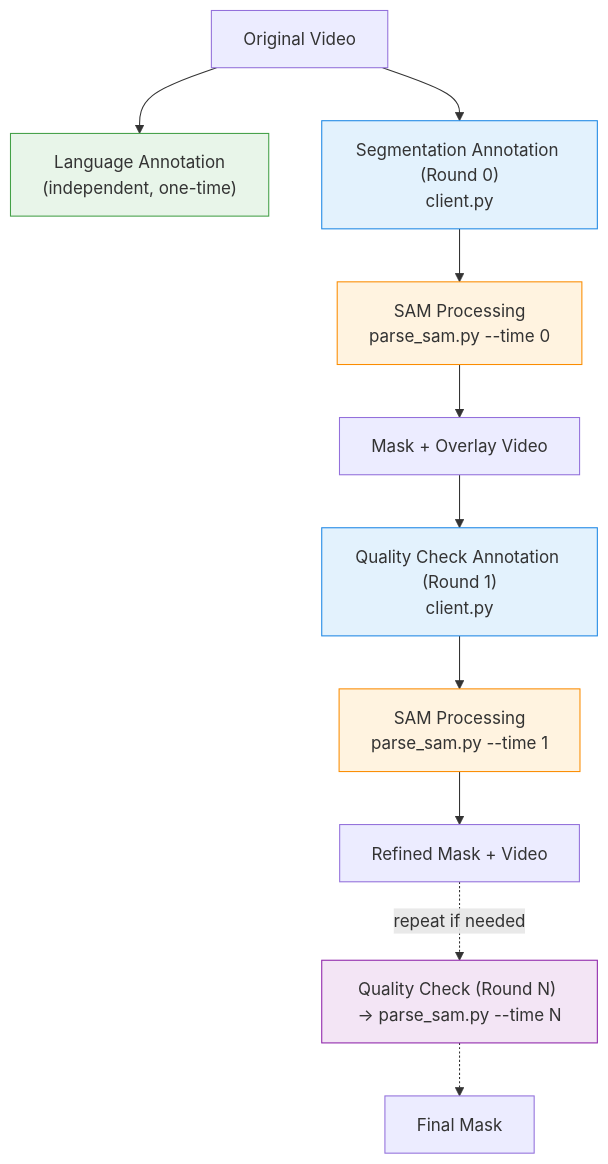
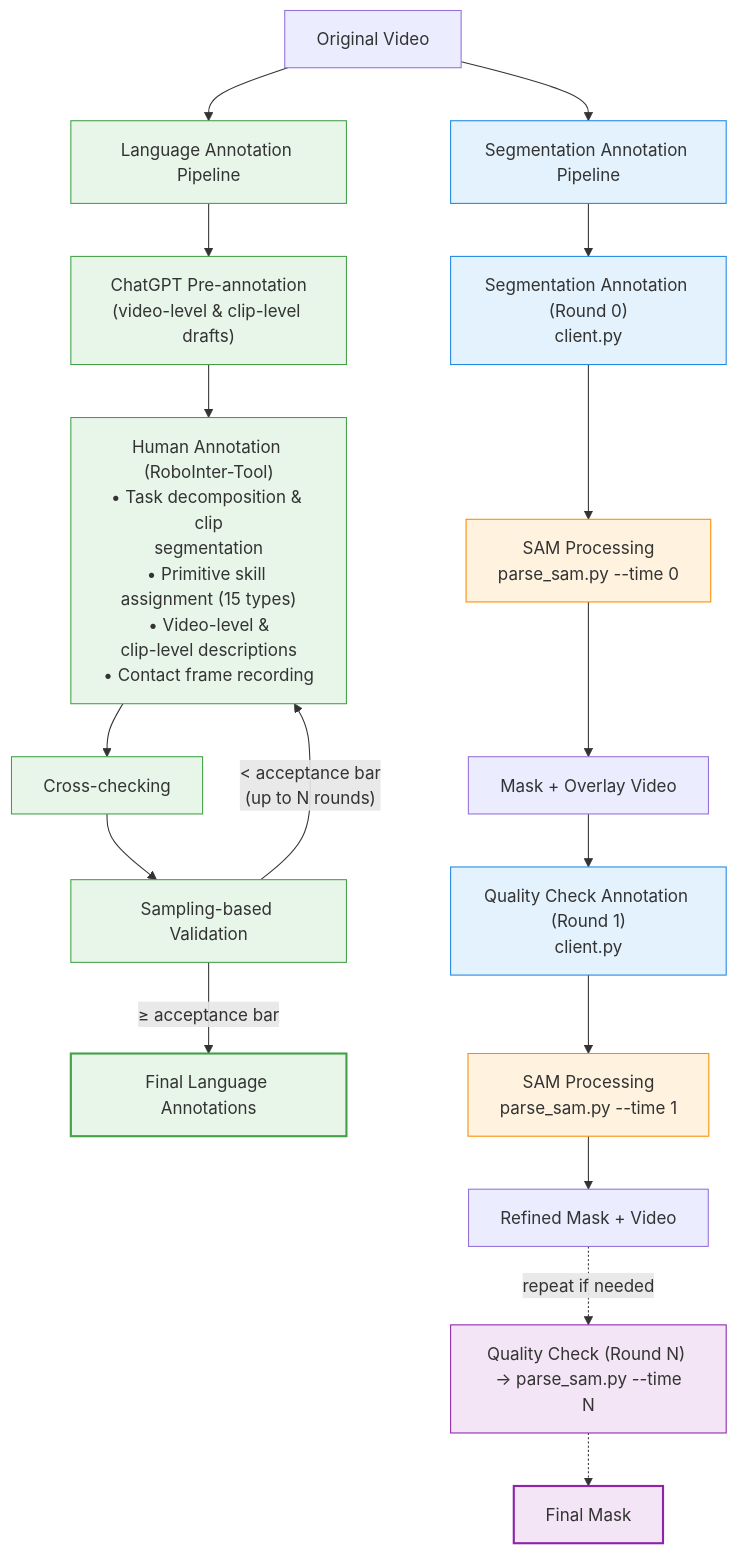
The diagram in RoboInterTools/README.md (InternRobotics/RoboInter), drawn with Mermaid before and after one commit.

Commit message:
Update README.md
update flowchart

````diff
--- a/RoboInterTools/README.md
+++ b/RoboInterTools/README.md
@@ -13,24 +13,44 @@
 ```mermaid
-flowchart TD
-    V["Original Video"]
+flowchart TD                                        
+    V["Original Video"]                                                          
+                                                                                
+    V --> LANG["Language Annotation Pipeline"]                                   
+    V --> SEG["Segmentation Annotation Pipeline"]                                
+                                                                                
+    %% ===== Language Annotation Pipeline =====
+    LANG --> GPT["ChatGPT Pre-annotation<br/>(video-level & clip-level drafts)"]
+    GPT --> HA["Human Annotation (RoboInter-Tool)<br/>• Task decomposition & clip
+segmentation<br/>• Primitive skill assignment (15 types)<br/>• Video-level &
+clip-level descriptions<br/>• Contact frame recording"]
+    HA --> CC["Cross-checking<br/>"]
+    CC --> SV["Sampling-based Validation<br/>"]
+    SV -->|"≥ acceptance bar"| LF["Final Language Annotations"]
+    SV -->|"< acceptance bar<br/>(up to N rounds)"| HA
 
-    V --> L["Language Annotation<br/>(independent, one-time)"]
-
-    V --> A0["Segmentation Annotation (Round 0)<br/>client.py"]
+    %% ===== Segmentation Annotation Pipeline =====
+    SEG --> A0["Segmentation Annotation (Round 0)<br/>client.py"]
     A0 --> P0["SAM Processing<br/>parse_sam.py --time 0"]
     P0 --> M0["Mask + Overlay Video"]
-
     M0 --> A1["Quality Check Annotation (Round 1)<br/>client.py"]
     A1 --> P1["SAM Processing<br/>parse_sam.py --time 1"]
     P1 --> M1["Refined Mask + Video"]
-
-    M1 -.->|"repeat if needed"| AN["Quality Check (Round N) → parse_sam.py --time N"]
+    M1 -.->|"repeat if needed"| AN["Quality Check (Round N) → parse_sam.py --time
+N"]
     AN -.-> F["Final Mask"]
 
-    style L fill:#e8f5e9,stroke:#43a047
+    %% ===== Styles =====
+    style LANG fill:#e8f5e9,stroke:#43a047
+    style GPT fill:#e8f5e9,stroke:#43a047
+    style HA fill:#e8f5e9,stroke:#43a047
+    style CC fill:#e8f5e9,stroke:#43a047
+    style SV fill:#e8f5e9,stroke:#43a047
+    style LF fill:#e8f5e9,stroke:#43a047,stroke-width:2px
+
+    style SEG fill:#e3f2fd,stroke:#1e88e5
     style A0 fill:#e3f2fd,stroke:#1e88e5
     style A1 fill:#e3f2fd,stroke:#1e88e5
     style P0 fill:#fff3e0,stroke:#fb8c00
     style P1 fill:#fff3e0,stroke:#fb8c00
     style AN fill:#f3e5f5,stroke:#8e24aa
+    style F fill:#f3e5f5,stroke:#8e24aa,stroke-width:2px
 ```
````
